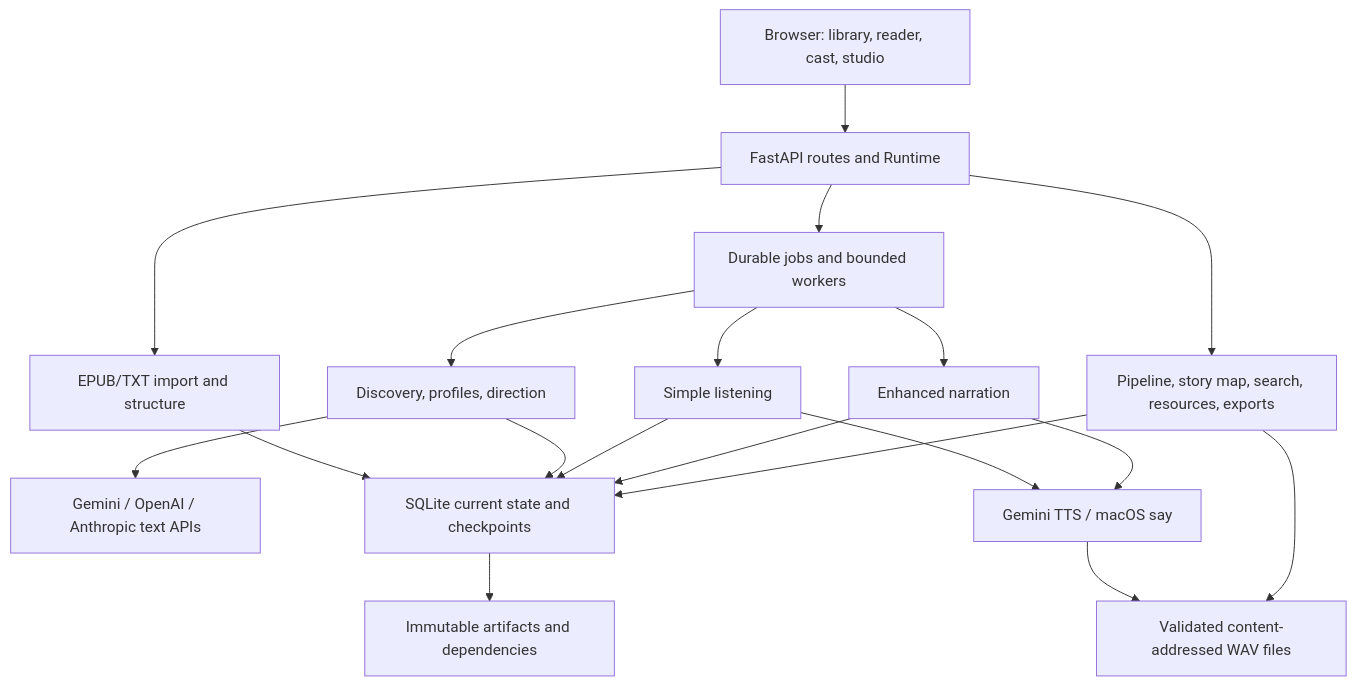
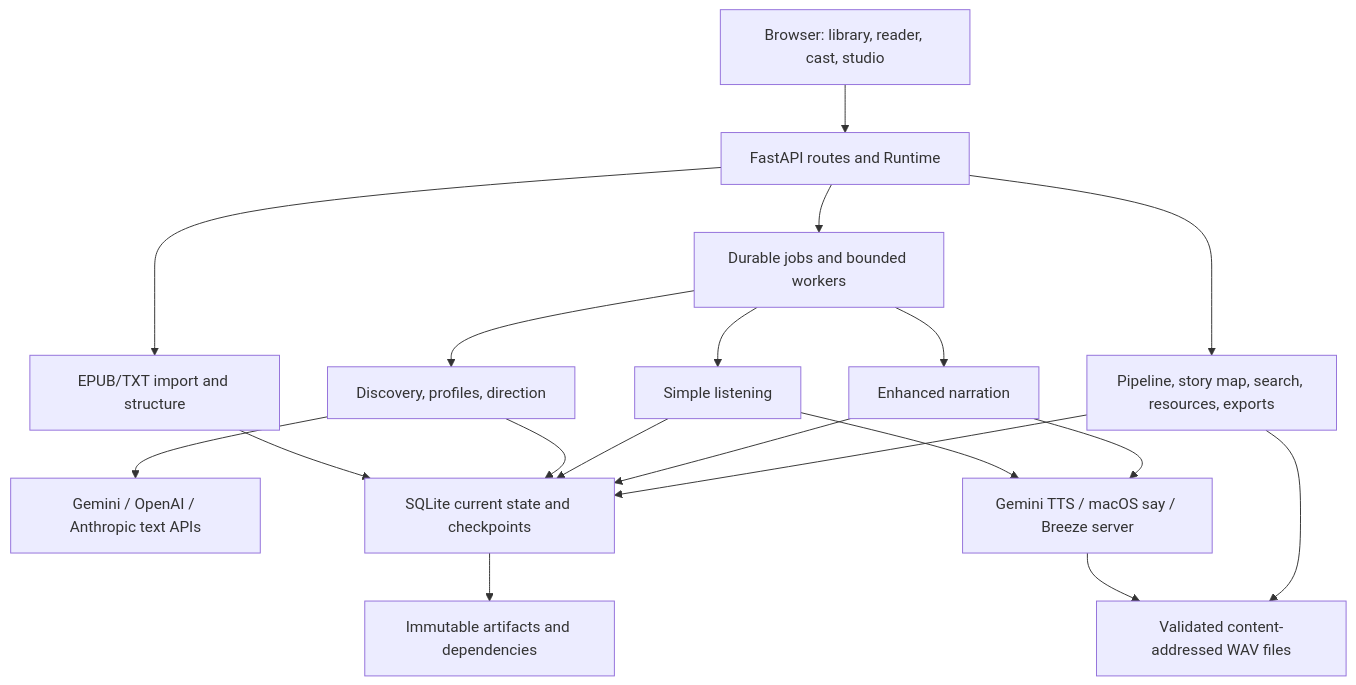
The diagram in docs/ARCHITECTURE.md (NicholasHazen/bardic), drawn with Mermaid before and after one commit. The commit also changed other lines of this file and 32 other files, not shown here.

````diff
--- a/docs/ARCHITECTURE.md
+++ b/docs/ARCHITECTURE.md
@@ -15,21 +15,21 @@
 ```mermaid
 flowchart TD
     UI[Browser: library, reader, cast, studio] --> API[FastAPI routes and Runtime]
     API --> Import[EPUB/TXT import and structure]
     API --> Worker[Durable jobs and bounded workers]
     Worker --> Analysis[Discovery, profiles, direction]
     Worker --> Listen[Simple listening]
     Worker --> Narration[Enhanced narration]
     Analysis --> Providers[Gemini / OpenAI / Anthropic text APIs]
-    Listen --> TTS[Gemini TTS / macOS say]
+    Listen --> TTS[Gemini TTS / macOS say / Breeze server]
     Narration --> TTS
     Import --> Store[SQLite current state and checkpoints]
     Analysis --> Store
     Listen --> Store
     Narration --> Store
     Store --> History[Immutable artifacts and dependencies]
     TTS --> Assets[Validated content-addressed WAV files]
     API --> Views[Pipeline, story map, search, resources, exports]
     Views --> Store
     Views --> Assets
 ```
````
